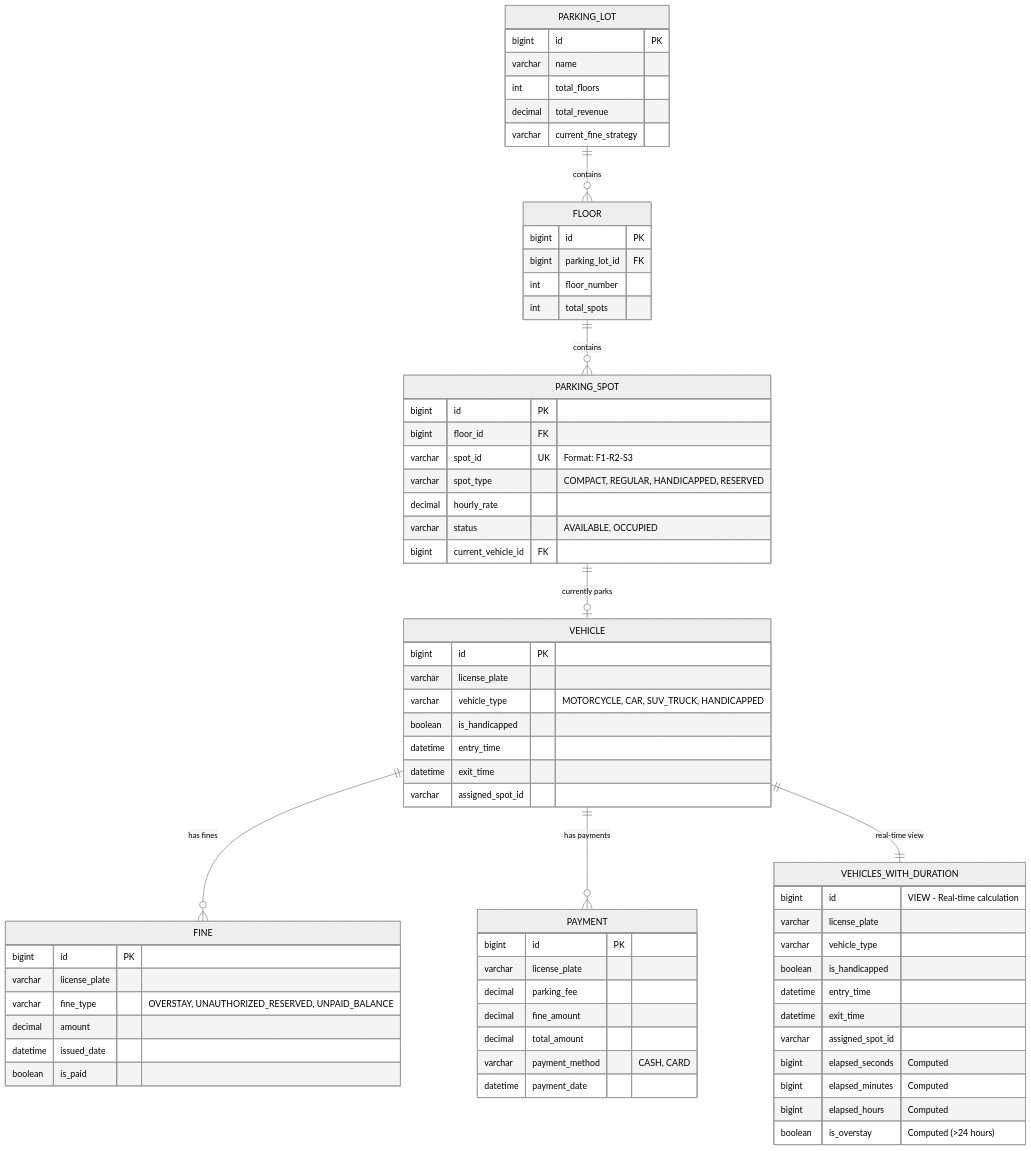
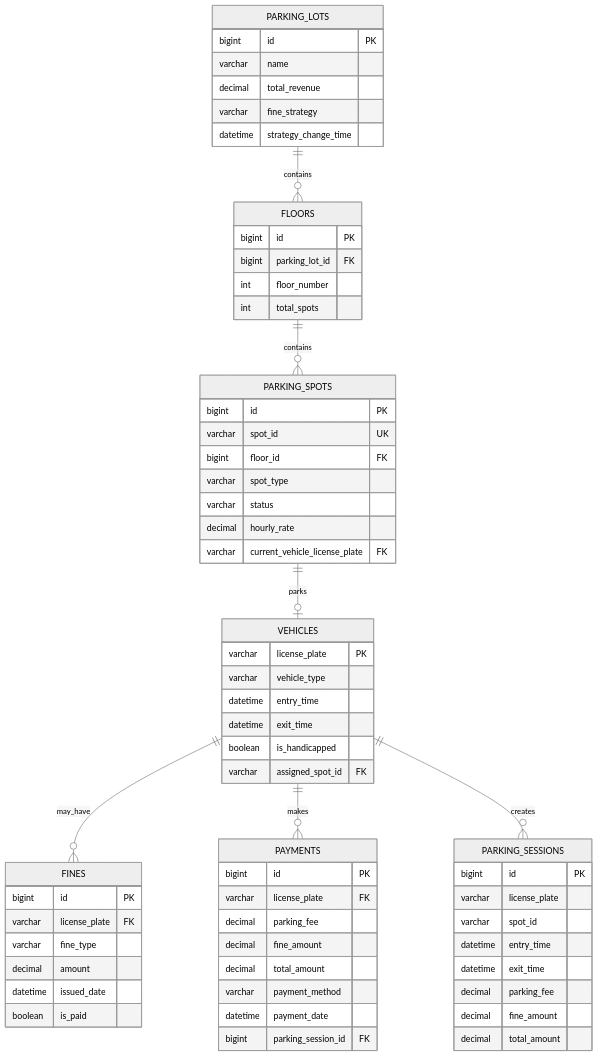
Diagram 18 of 19 in UML_DIAGRAMS.md (Jinyuanmak/OOAD-Assignment), drawn with Mermaid (neutral theme) before and after one commit. The commit also changed other lines of this file and 11 other files, not shown here.

````diff
--- a/UML_DIAGRAMS.md
+++ b/UML_DIAGRAMS.md
@@ -1046,77 +788,74 @@
 ```mermaid
 erDiagram
-    PARKING_LOT ||--o{ FLOOR : contains
-    FLOOR ||--o{ PARKING_SPOT : contains
-    PARKING_SPOT ||--o| VEHICLE : "currently parks"
-    VEHICLE ||--o{ FINE : "has fines"
-    VEHICLE ||--o{ PAYMENT : "has payments"
-    VEHICLE ||--|| VEHICLES_WITH_DURATION : "real-time view"
-
-    PARKING_LOT {
+    PARKING_LOTS ||--o{ FLOORS : contains
+    FLOORS ||--o{ PARKING_SPOTS : contains
+    PARKING_SPOTS ||--o| VEHICLES : parks
+    VEHICLES ||--o{ FINES : may_have
+    VEHICLES ||--o{ PAYMENTS : makes
+    VEHICLES ||--o{ PARKING_SESSIONS : creates
+    
+    PARKING_LOTS {
         bigint id PK
         varchar name
-        int total_floors
         decimal total_revenue
-        varchar current_fine_strategy
+        varchar fine_strategy
+        datetime strategy_change_time
     }
-
-    FLOOR {
+    
+    FLOORS {
         bigint id PK
         bigint parking_lot_id FK
         int floor_number
         int total_spots
     }
-
-    PARKING_SPOT {
+    
+    PARKING_SPOTS {
         bigint id PK
+        varchar spot_id UK
         bigint floor_id FK
-        varchar spot_id UK "Format: F1-R2-S3"
-        varchar spot_type "COMPACT, REGULAR, HANDICAPPED, RESERVED"
+        varchar spot_type
+        varchar status
         decimal hourly_rate
-        varchar status "AVAILABLE, OCCUPIED"
-        bigint current_vehicle_id FK
+        varchar current_vehicle_license_plate FK
     }
-
-    VEHICLE {
-        bigint id PK
-        varchar license_plate
-        varchar vehicle_type "MOTORCYCLE, CAR, SUV_TRUCK, HANDICAPPED"
-        boolean is_handicapped
+    
+    VEHICLES {
+        varchar license_plate PK
+        varchar vehicle_type
         datetime entry_time
         datetime exit_time
-        varchar assigned_spot_id
+        boolean is_handicapped
+        varchar assigned_spot_id FK
     }
     
-    VEHICLES_WITH_DURATION {
-        bigint id "VIEW - Real-time calculation"
-        varchar license_plate
-        varchar vehicle_type
-        boolean is_handicapped
-        datetime entry_time
-        datetime exit_time
-        varchar assigned_spot_id
-        bigint elapsed_seconds "Computed"
-        bigint elapsed_minutes "Computed"
-        bigint elapsed_hours "Computed"
-        boolean is_overstay "Computed (>24 hours)"
-    }
-
-    FINE {
+    FINES {
         bigint id PK
-        varchar license_plate
-        varchar fine_type "OVERSTAY, UNAUTHORIZED_RESERVED, UNPAID_BALANCE"
+        varchar license_plate FK
+        varchar fine_type
         decimal amount
         datetime issued_date
         boolean is_paid
     }
-
-    PAYMENT {
+    
+    PAYMENTS {
         bigint id PK
-        varchar license_plate
+        varchar license_plate FK
         decimal parking_fee
         decimal fine_amount
         decimal total_amount
-        varchar payment_method "CASH, CARD"
+        varchar payment_method
         datetime payment_date
+        bigint parking_session_id FK
+    }
+    
+    PARKING_SESSIONS {
+        bigint id PK
+        varchar license_plate
+        varchar spot_id
+        datetime entry_time
+        datetime exit_time
+        decimal parking_fee
+        decimal fine_amount
+        decimal total_amount
     }
 ```
````
